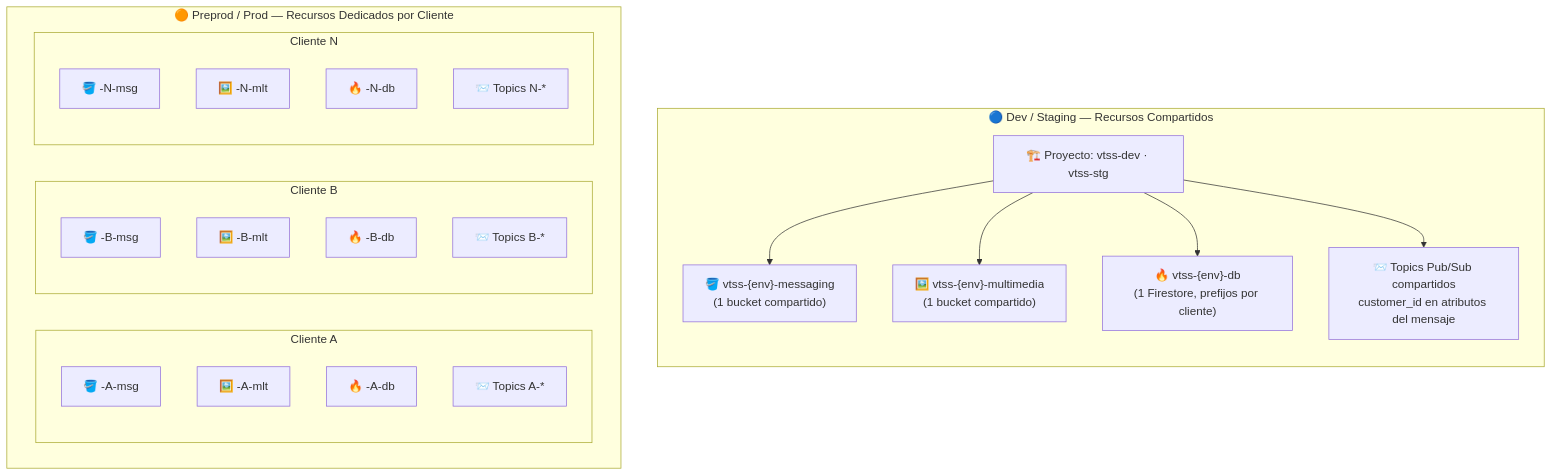
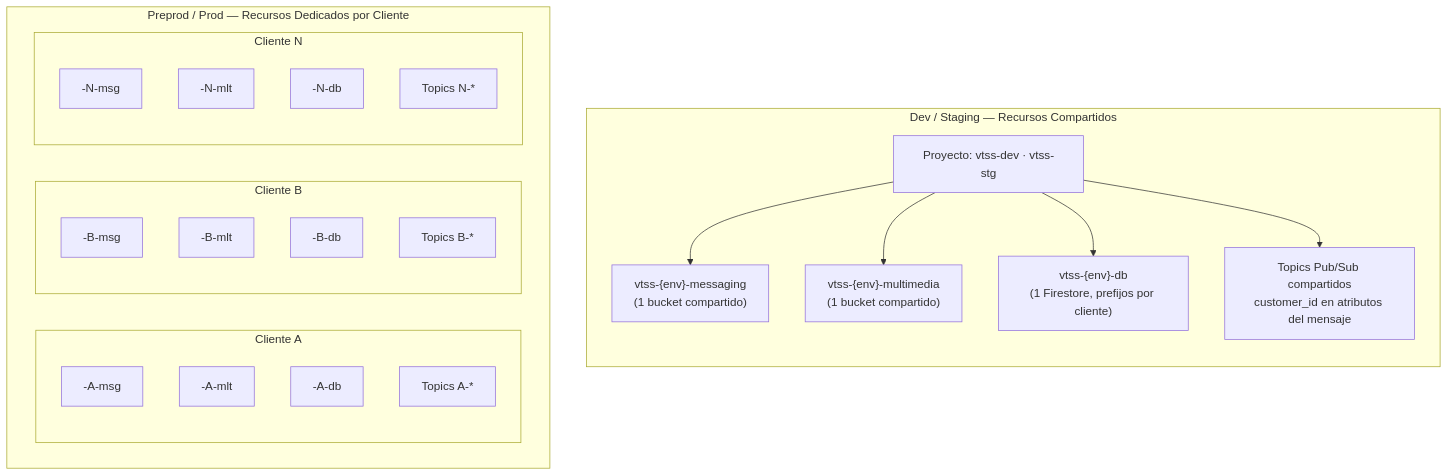
The second of 10 diagrams in vitesse_terraform_design.md (marioguaqueta/vitesse-message-pub-sub-service), drawn with Mermaid before and after one commit. The commit also changed other lines of this file and 1 other file, not shown here.

````diff
--- a/vitesse_terraform_design.md
+++ b/vitesse_terraform_design.md
@@ -98,37 +98,37 @@
 ```mermaid
 graph TB
-    subgraph SHARED["🔵  Dev / Staging — Recursos Compartidos"]
-        direction TB
-        SP["🏗️ Proyecto: vtss-dev · vtss-stg"]
-        SM["🪣 vtss-{env}-messaging\n(1 bucket compartido)"]
-        SL["🖼️ vtss-{env}-multimedia\n(1 bucket compartido)"]
-        SF["🔥 vtss-{env}-db\n(1 Firestore, prefijos por cliente)"]
-        SS["📨 Topics Pub/Sub compartidos\ncustomer_id en atributos del mensaje"]
-        SP --> SM & SL & SF & SS
+  subgraph SHARED["Dev / Staging — Recursos Compartidos"]
+    direction TB
+    SP["Proyecto: vtss-dev · vtss-stg"]
+    SM["vtss-{env}-messaging\n(1 bucket compartido)"]
+    SL["vtss-{env}-multimedia\n(1 bucket compartido)"]
+    SF["vtss-{env}-db\n(1 Firestore, prefijos por cliente)"]
+    SS["Topics Pub/Sub compartidos\ncustomer_id en atributos del mensaje"]
+    SP --> SM & SL & SF & SS
+  end
+
+  subgraph DEDICATED["Preprod / Prod — Recursos Dedicados por Cliente"]
+    direction LR
+    subgraph CA["Cliente A"]
+      direction TB
+      AM["-A-msg"]
+      AL["-A-mlt"]
+      AF["-A-db"]
+      AS["Topics A-*"]
     end
-
-    subgraph DEDICATED["🟠  Preprod / Prod — Recursos Dedicados por Cliente"]
-        direction LR
-        subgraph CA["Cliente A"]
-            direction TB
-            AM["🪣 -A-msg"]
-            AL["🖼️ -A-mlt"]
-            AF["🔥 -A-db"]
-            AS["📨 Topics A-*"]
-        end
-        subgraph CB["Cliente B"]
-            direction TB
-            BM["🪣 -B-msg"]
-            BL["🖼️ -B-mlt"]
-            BF["🔥 -B-db"]
-            BS["📨 Topics B-*"]
-        end
-        subgraph CC["Cliente N"]
-            direction TB
-            CM["🪣 -N-msg"]
-            CL["🖼️ -N-mlt"]
-            CF["🔥 -N-db"]
-            CS["📨 Topics N-*"]
-        end
+    subgraph CB["Cliente B"]
+      direction TB
+      BM["-B-msg"]
+      BL["-B-mlt"]
+      BF["-B-db"]
+      BS["Topics B-*"]
     end
+    subgraph CC["Cliente N"]
+      direction TB
+      CM["-N-msg"]
+      CL["-N-mlt"]
+      CF["-N-db"]
+      CS["Topics N-*"]
+    end
+  end
 ```
````
